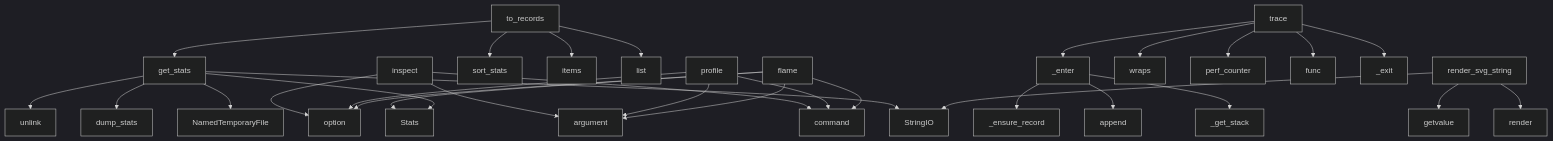
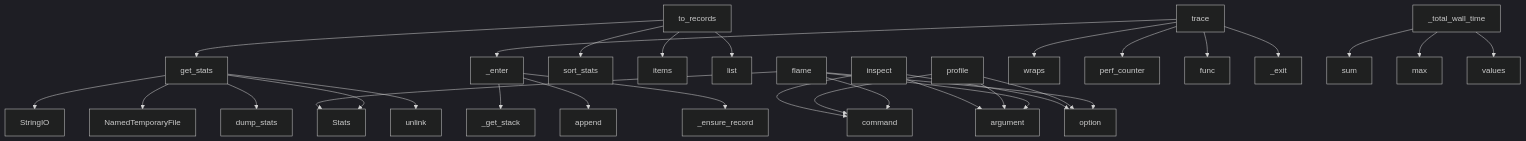
The diagram in project/context.md (semcod/metrun), drawn with Mermaid (dark theme) before and after one commit. The commit also changed other lines of this file and 33 other files, not shown here.

````diff
--- a/project/context.md
+++ b/project/context.md
@@ -407,33 +410,33 @@
 ```mermaid
 graph TD
     inspect --> command
     inspect --> argument
     inspect --> option
     to_records --> get_stats
     to_records --> sort_stats
     to_records --> items
     to_records --> list
     profile --> command
     profile --> argument
     profile --> option
     flame --> command
     flame --> argument
     flame --> option
     flame --> Stats
     _enter --> _get_stack
     _enter --> append
     _enter --> _ensure_record
     trace --> wraps
     trace --> _enter
     trace --> perf_counter
     trace --> func
     trace --> _exit
     get_stats --> StringIO
     get_stats --> NamedTemporaryFile
     get_stats --> dump_stats
     get_stats --> Stats
     get_stats --> unlink
-    render_svg_string --> StringIO
-    render_svg_string --> render
-    render_svg_string --> getvalue
+    _total_wall_time --> sum
+    _total_wall_time --> max
+    _total_wall_time --> values
 ```
````
